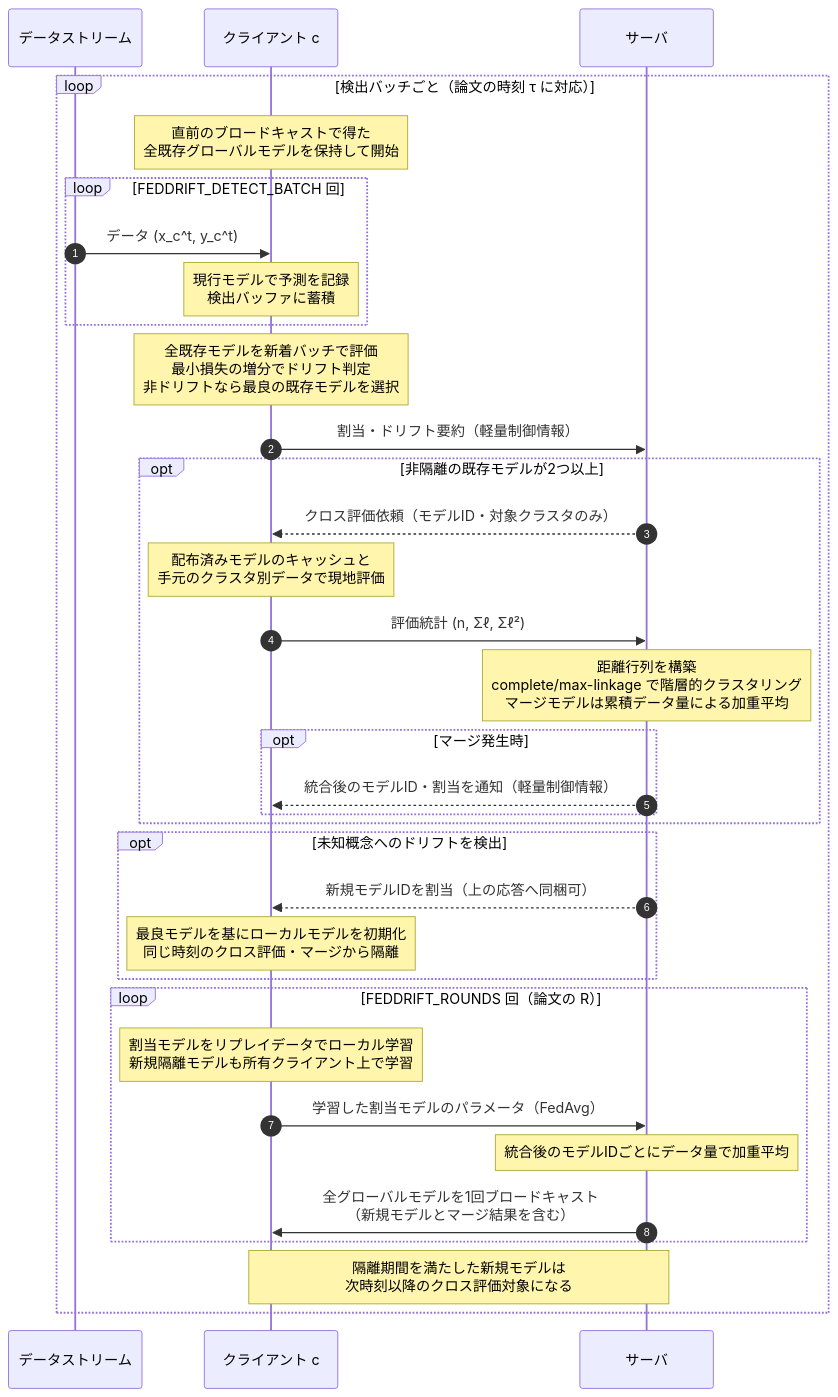
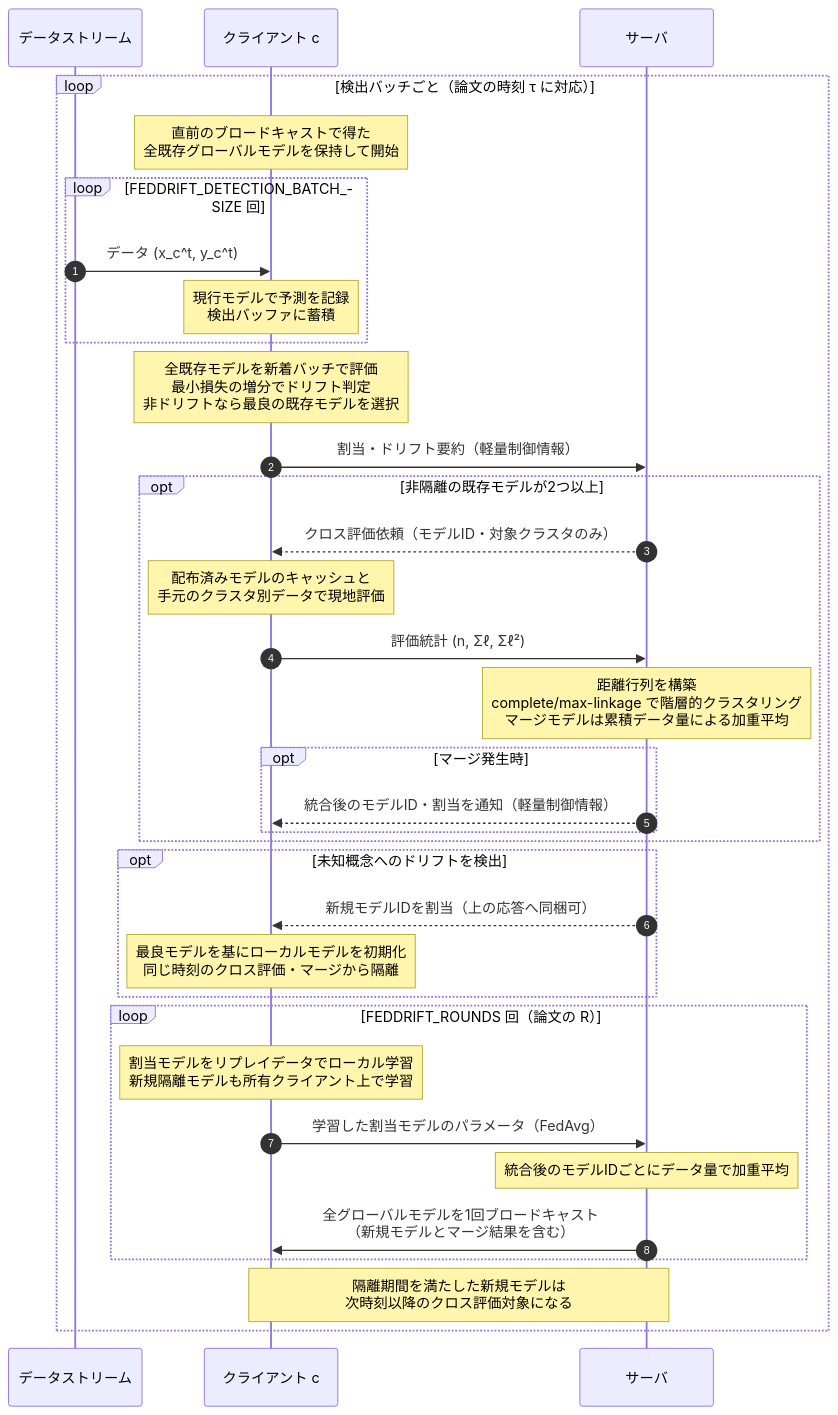
One commit to shimmen3141/FedSDA-experiment changed the fifth of 5 diagrams in docs/sequence-diagrams.md. Above: the diagram before and after it, drawn with Mermaid. The commit also changed other lines of this file and 26 other files, not shown here.

Commit message:
Define canonical experiment parameter schema

````diff
--- a/docs/sequence-diagrams.md
+++ b/docs/sequence-diagrams.md
@@ -341,43 +341,43 @@
 ```mermaid
 sequenceDiagram
     autonumber
     participant D as データストリーム
     participant C as クライアント c
     participant S as サーバ
 
     loop 検出バッチごと（論文の時刻 τ に対応）
         Note over C: 直前のブロードキャストで得た<br/>全既存グローバルモデルを保持して開始
 
-        loop FEDDRIFT_DETECT_BATCH 回
+        loop FEDDRIFT_DETECTION_BATCH_SIZE 回
             D->>C: データ (x_c^t, y_c^t)
             Note over C: 現行モデルで予測を記録<br/>検出バッファに蓄積
         end
 
         Note over C: 全既存モデルを新着バッチで評価<br/>最小損失の増分でドリフト判定<br/>非ドリフトなら最良の既存モデルを選択
         C->>S: 割当・ドリフト要約（軽量制御情報）
 
         opt 非隔離の既存モデルが2つ以上
             S-->>C: クロス評価依頼（モデルID・対象クラスタのみ）
             Note over C: 配布済みモデルのキャッシュと<br/>手元のクラスタ別データで現地評価
             C->>S: 評価統計 (n, Σℓ, Σℓ²)
             Note over S: 距離行列を構築<br/>complete/max-linkage で階層的クラスタリング<br/>マージモデルは累積データ量による加重平均
             opt マージ発生時
                 S-->>C: 統合後のモデルID・割当を通知（軽量制御情報）
             end
         end
 
         opt 未知概念へのドリフトを検出
             S-->>C: 新規モデルIDを割当（上の応答へ同梱可）
             Note over C: 最良モデルを基にローカルモデルを初期化<br/>同じ時刻のクロス評価・マージから隔離
         end
 
         loop FEDDRIFT_ROUNDS 回（論文の R）
             Note over C: 割当モデルをリプレイデータでローカル学習<br/>新規隔離モデルも所有クライアント上で学習
             C->>S: 学習した割当モデルのパラメータ（FedAvg）
             Note over S: 統合後のモデルIDごとにデータ量で加重平均
             S->>C: 全グローバルモデルを1回ブロードキャスト<br/>（新規モデルとマージ結果を含む）
         end
 
         Note over S,C: 隔離期間を満たした新規モデルは<br/>次時刻以降のクロス評価対象になる
     end
 ```
````
